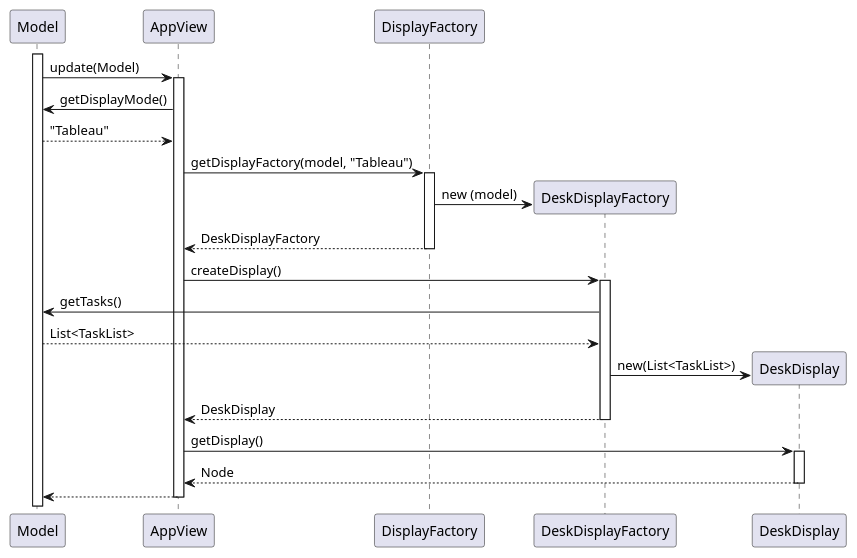
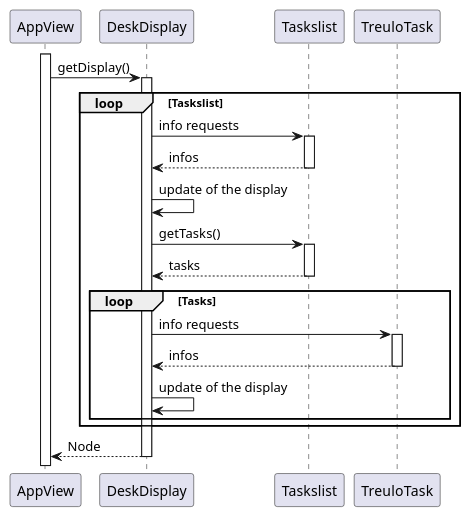
Before and after one commit to Fiera42/SAE-3.01-D-veloppement-d-applications: the diagram in project/Document/iteration 2/Affichage_bureau.puml, drawn with PlantUML.

Commit message:
Desk display diagram

```diff
--- a/project/Document/iteration 2/Affichage_bureau.puml
+++ b/project/Document/iteration 2/Affichage_bureau.puml
@@ -1,41 +1,37 @@
 @startuml
 
-activate Model
-Model -> AppView : update(Model)
 activate AppView
 
-    Model <- AppView : getDisplayMode()
-    Model --> AppView : "Tableau"
+AppView -> DeskDisplay : getDisplay()
+activate DeskDisplay
 
-    AppView -> DisplayFactory : getDisplayFactory(model, "Tableau")
-    activate DisplayFactory
+    loop Taskslist
+    DeskDisplay -> Taskslist : info requests
+    activate Taskslist
+    DeskDisplay <-- Taskslist : infos
+    deactivate Taskslist
 
-       create DeskDisplayFactory
-       DisplayFactory -> DeskDisplayFactory : new (model)
+    DeskDisplay -> DeskDisplay : update of the display
 
-       AppView <-- DisplayFactory : DeskDisplayFactory
-       deactivate DisplayFactory
+    DeskDisplay -> Taskslist : getTasks()
+    activate Taskslist
+    DeskDisplay <-- Taskslist : tasks
+    deactivate Taskslist
 
-    AppView -> DeskDisplayFactory : createDisplay()
-    activate DeskDisplayFactory
+        loop Tasks
+        DeskDisplay -> TreuloTask : info requests
+        activate TreuloTask
+        DeskDisplay <-- TreuloTask : infos
+        deactivate TreuloTask
 
-        Model <- DeskDisplayFactory : getTasks()
-        Model --> DeskDisplayFactory : List<TaskList>
+        DeskDisplay -> DeskDisplay : update of the display
+        end loop
+    end loop
 
-        create DeskDisplay
-        DeskDisplayFactory -> DeskDisplay : new(List<TaskList>)
 
-        AppView <-- DeskDisplayFactory : DeskDisplay
-        deactivate DeskDisplayFactory
-
-    AppView -> DeskDisplay : getDisplay()
-    activate DeskDisplay
-    AppView <-- DeskDisplay : Node
-    deactivate DeskDisplay
-
-    Model <-- AppView
-    deactivate AppView
+AppView <-- DeskDisplay : Node
+deactivate DeskDisplay
 
 
 
 @enduml
```
